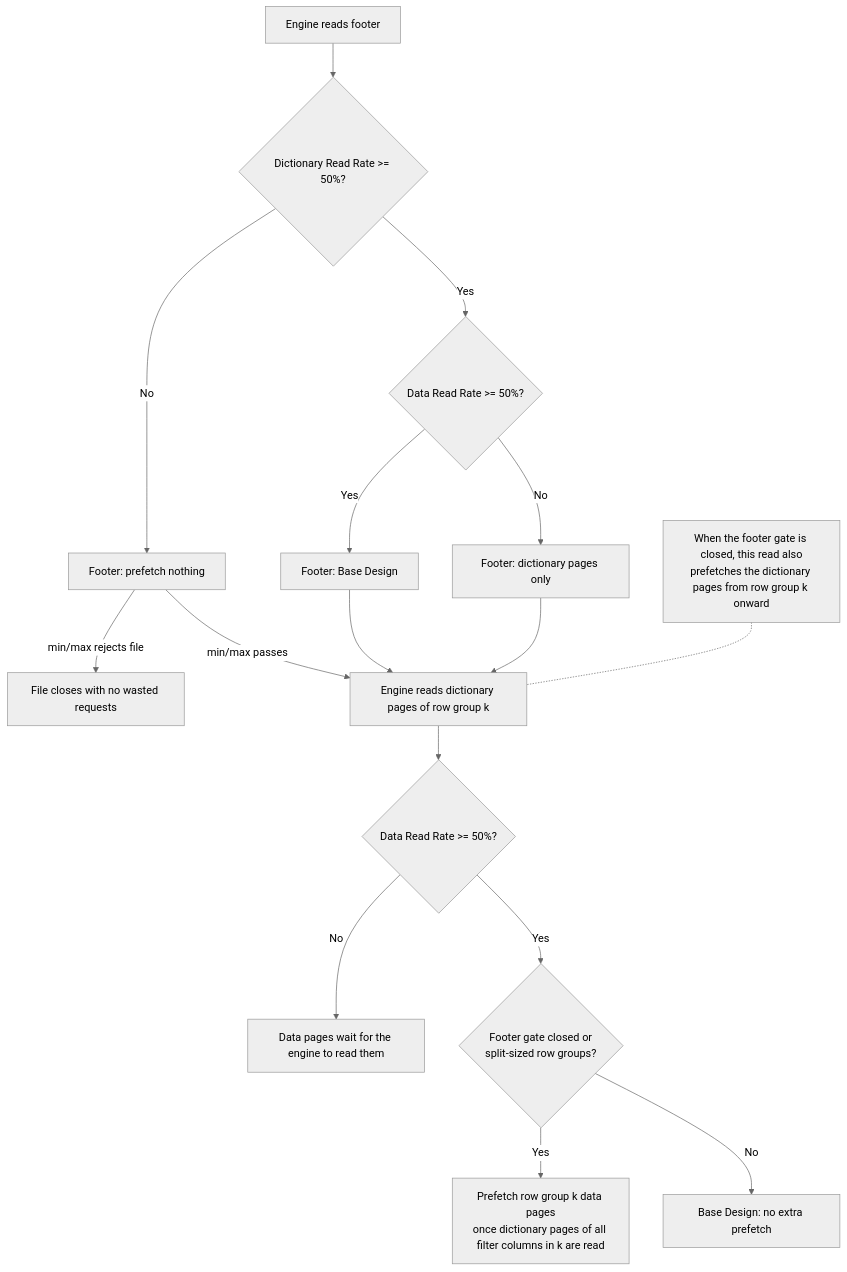
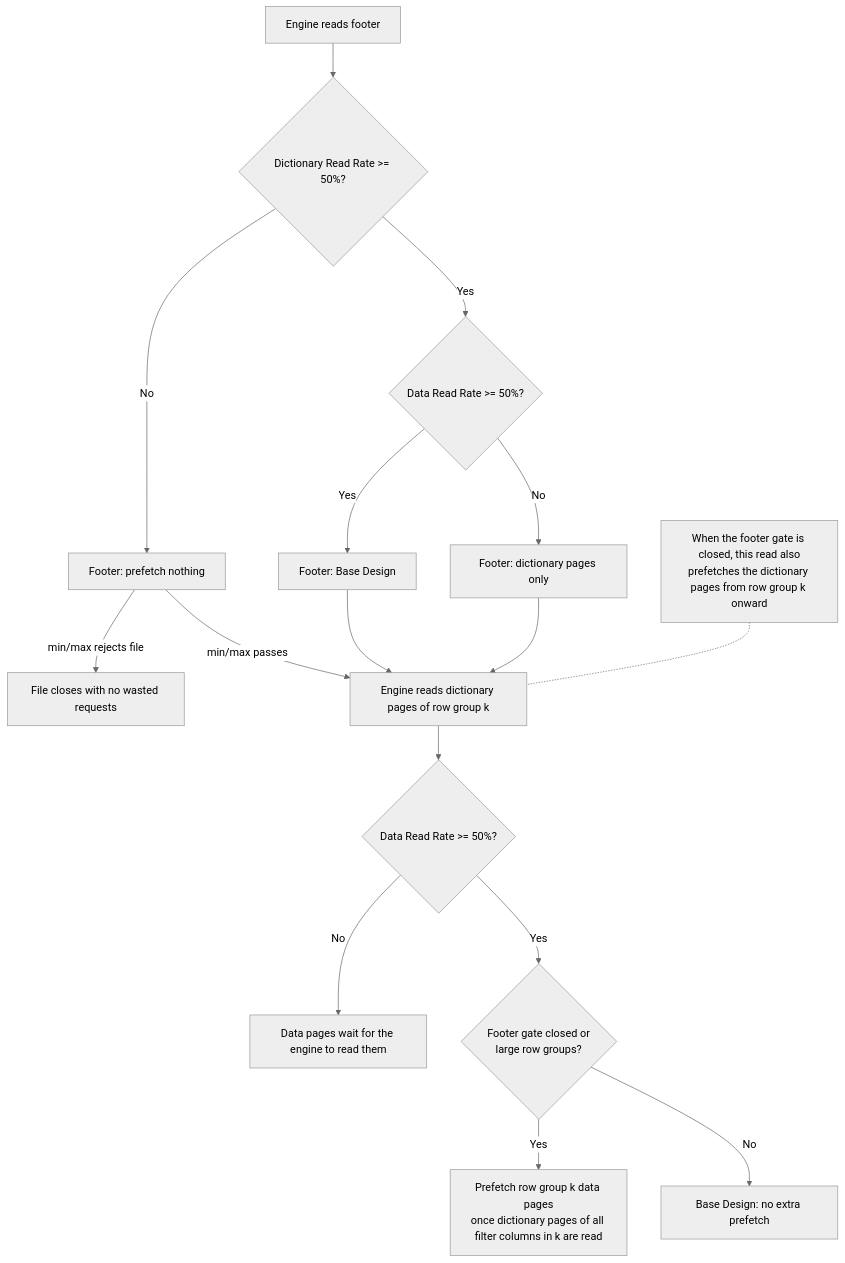
Before and after one commit to prudhvimaharishi/gcs-analytics-core: the fifth of 8 diagrams in .agents/predictive_prefetching_design_doc.md, drawn with Mermaid (neutral theme). The commit also changed other lines of this file, not shown here.

Commit message:
docs: rename split-sized to large row groups and label example diagram

````diff
--- a/.agents/predictive_prefetching_design_doc.md
+++ b/.agents/predictive_prefetching_design_doc.md
@@ -247,19 +249,19 @@
 ```mermaid
 flowchart TD
     Footer["Engine reads footer"] --> G1{"Dictionary Read Rate >= 50%?"}
     G1 -- "Yes" --> G2{"Data Read Rate >= 50%?"}
     G2 -- "Yes" --> FBase["Footer: Base Design"]
     G2 -- "No" --> FDict["Footer: dictionary pages only"]
     G1 -- "No" --> FNone["Footer: prefetch nothing"]
     FNone -- "min/max rejects file" --> Closed["File closes with no wasted requests"]
     FNone -- "min/max passes" --> Dict["Engine reads dictionary pages of row group k"]
     FBase --> Dict
     FDict --> Dict
     Dict --> G3{"Data Read Rate >= 50%?"}
     G3 -- "No" --> Hold["Data pages wait for the engine to read them"]
-    G3 -- "Yes" --> G4{"Footer gate closed or<br/>split-sized row groups?"}
+    G3 -- "Yes" --> G4{"Footer gate closed or<br/>large row groups?"}
     G4 -- "Yes" --> DataK["Prefetch row group k data pages<br/>once dictionary pages of all filter columns in k are read"]
     G4 -- "No" --> Base["Base Design: no extra prefetch"]
     NoteDict["When the footer gate is closed, this read also<br/>prefetches the dictionary pages from row group k onward"]
     NoteDict -.- Dict
 ```
````
